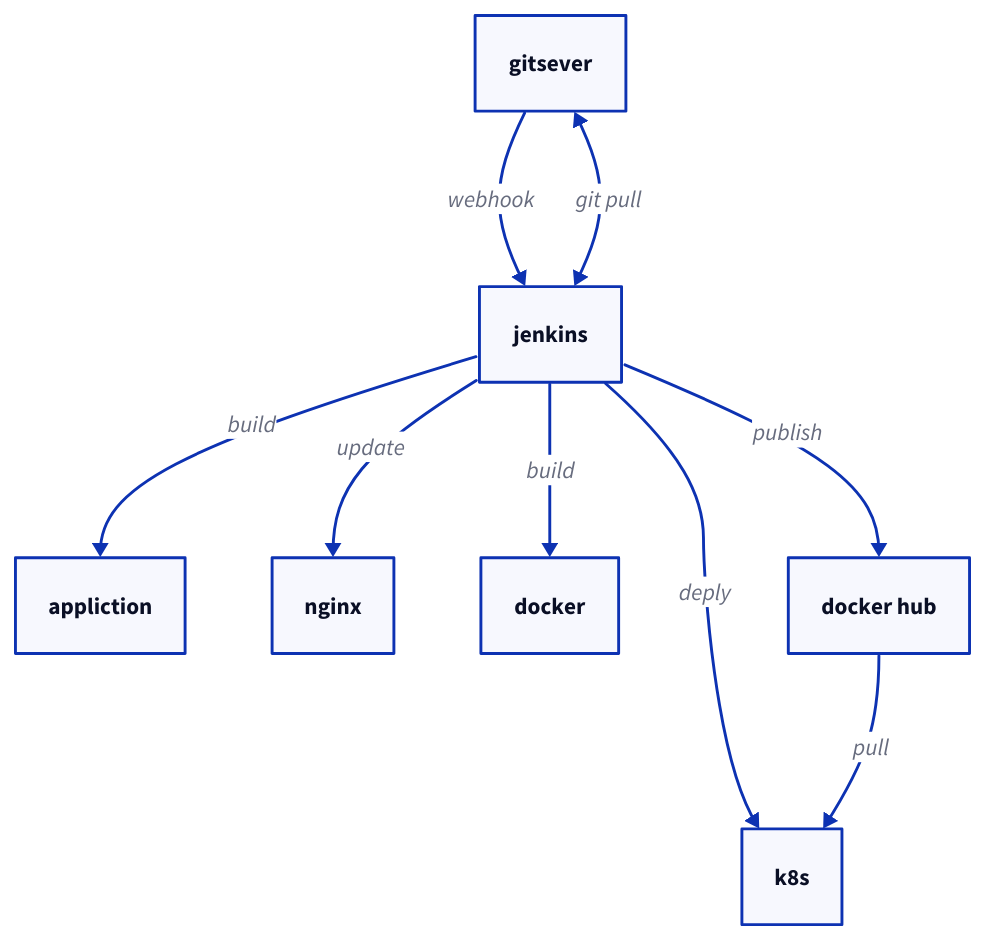
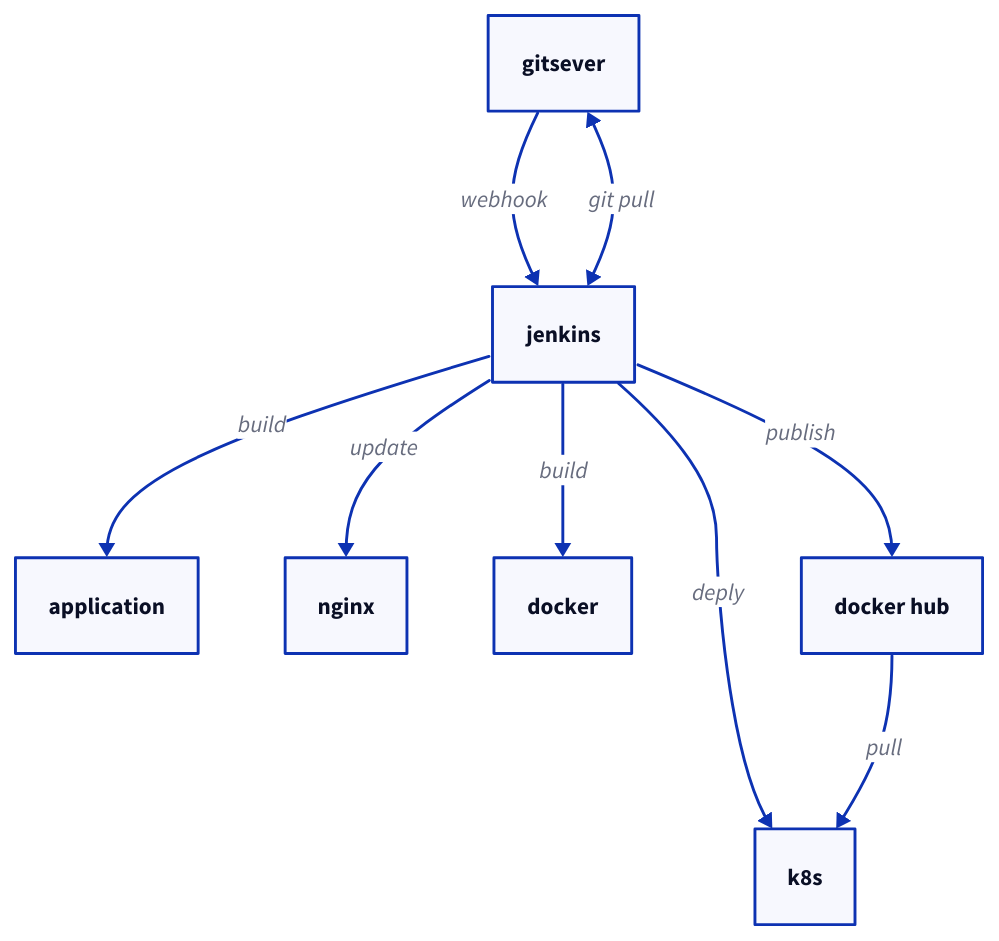
Before and after one commit to Crtrpt/jenkins_docker_nginx_example: the diagram in diagram.d2, drawn with D2. The commit also changed 1 other file, not shown here.

Commit message:
增加一个示意图

```diff
--- a/diagram.d2
+++ b/diagram.d2
@@ -1,8 +1,8 @@
 gitsever->jenkins:"webhook"
 jenkins<->gitsever:"git pull"
-jenkins->"appliction" :"build"
+jenkins->"application" :"build"
 jenkins->"nginx":"update"
 jenkins->"docker":"build"
 jenkins->"docker hub":"publish"
 jenkins->k8s:"deply"
 k8s<-"docker hub":"pull"
```
